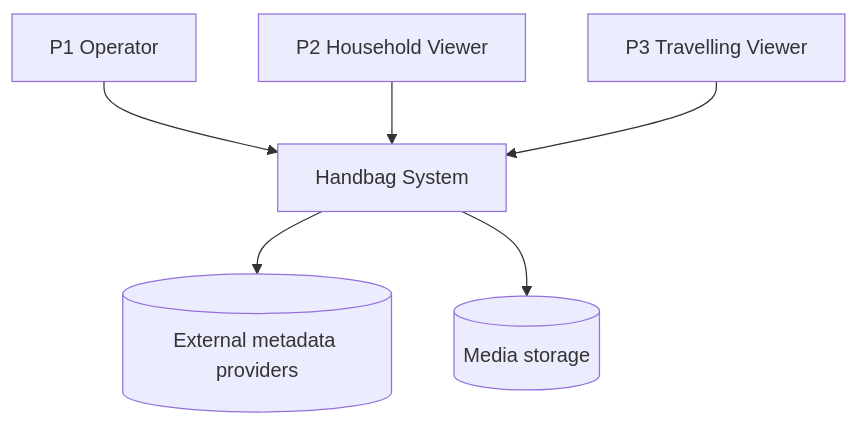
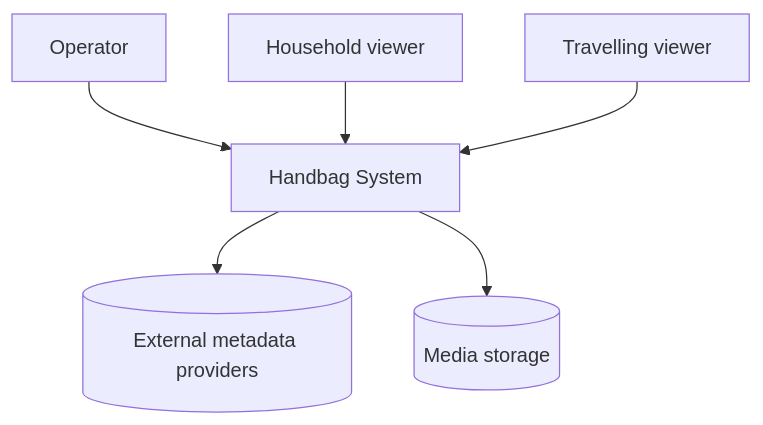
One commit to mechanus/handbag changed the diagram in docs/architecture/README.md. Above: the diagram before and after it, drawn with Mermaid. The commit also changed 5 other files, not shown here.

````diff
--- a/docs/architecture/README.md
+++ b/docs/architecture/README.md
@@ -9,8 +9,8 @@
 ```mermaid
 graph TD
-    Operator[P1 Operator] --> Handbag
-    Viewer[P2 Household Viewer] --> Handbag
-    Traveller[P3 Travelling Viewer] --> Handbag
+    Operator[Operator] --> Handbag
+    Viewer[Household viewer] --> Handbag
+    Traveller[Travelling viewer] --> Handbag
     Handbag[Handbag System] --> MetaProviders[(External metadata providers)]
     Handbag --> Storage[(Media storage)]
 ```
````
